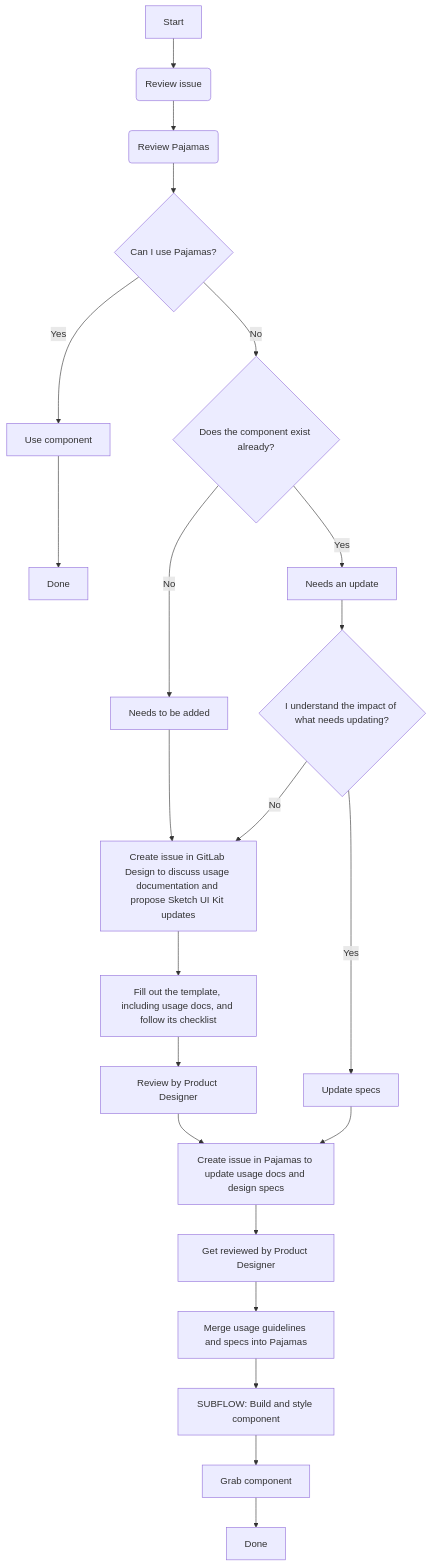
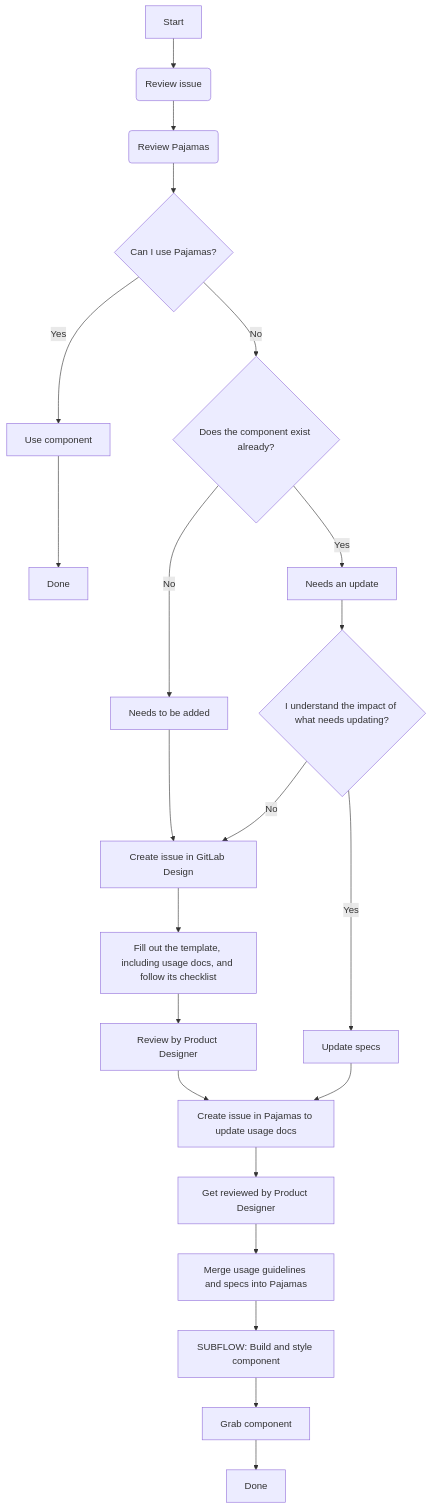
One commit to khulnasoft-lab/design.khulnasoft.com changed the diagram in doc/component-lifecycle.md. Above: the diagram before and after it, drawn with Mermaid. The commit also changed other lines of this file, not shown here.

````diff
--- a/doc/component-lifecycle.md
+++ b/doc/component-lifecycle.md
@@ -46,28 +46,28 @@
 ```mermaid
 graph TD;
 A[Start] -->B(Review issue)
 B--> C(Review Pajamas)
 click C "https://design.gitlab.com"
 C-->D{Can I use Pajamas?}
 D -->|Yes| E[Use component]
 E --> F[Done]
 D -->|No| G{Does the component exist already?}
 G-->|No| H[Needs to be added]
-H-->I[Create issue in GitLab Design to discuss usage documentation and propose Sketch UI Kit updates]
+H-->I[Create issue in GitLab Design]
 click I "https://gitlab.com/gitlab-org/gitlab-design/issues/new?issuable_template=UX%20Pattern"
 I-->J[Fill out the template, including usage docs, and follow its checklist]
 J-->K[Review by Product Designer]
-K-->L[Create issue in Pajamas to update usage docs and design specs]
+K-->L[Create issue in Pajamas to update usage docs]
 click L "https://gitlab.com/gitlab-org/gitlab-services/design.gitlab.com/issues/new"
 L-->M[Get reviewed by Product Designer]
 M-->N[Merge usage guidelines and specs into Pajamas]
 N-->O[SUBFLOW: Build and style component]
 click O "https://gitlab.com/gitlab-org/gitlab-ui/blob/master/doc/component-lifecycle.md"
 O-->P[Grab component]
 P-->Q[Done]
 G-->|Yes| R[Needs an update]
 R-->S{I understand the impact of what needs updating?}
 S-->|Yes| T[Update specs]
 T-->L
 S-->|No| I
 ```
````
